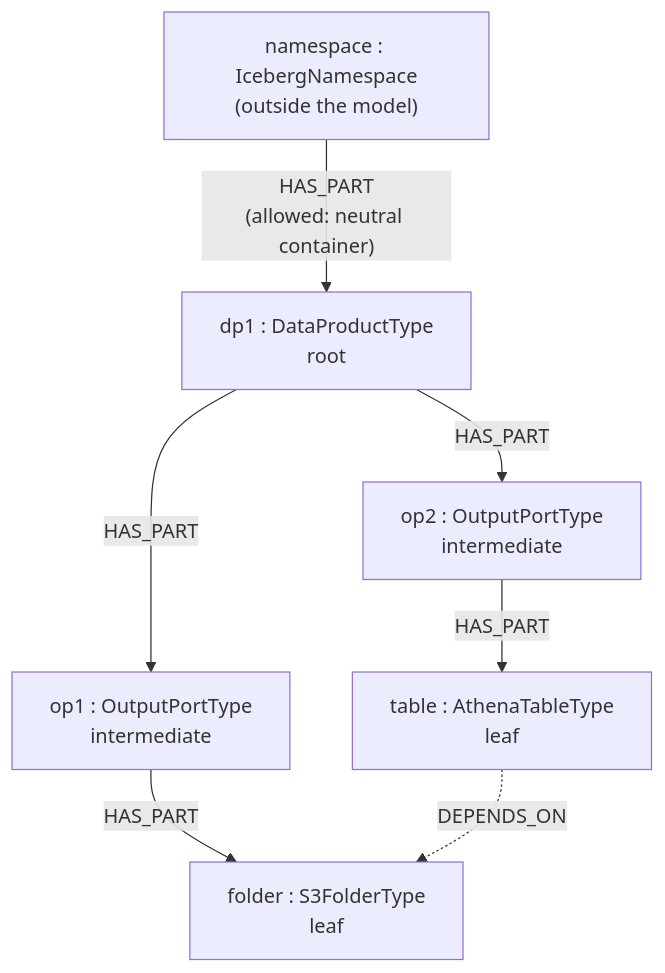
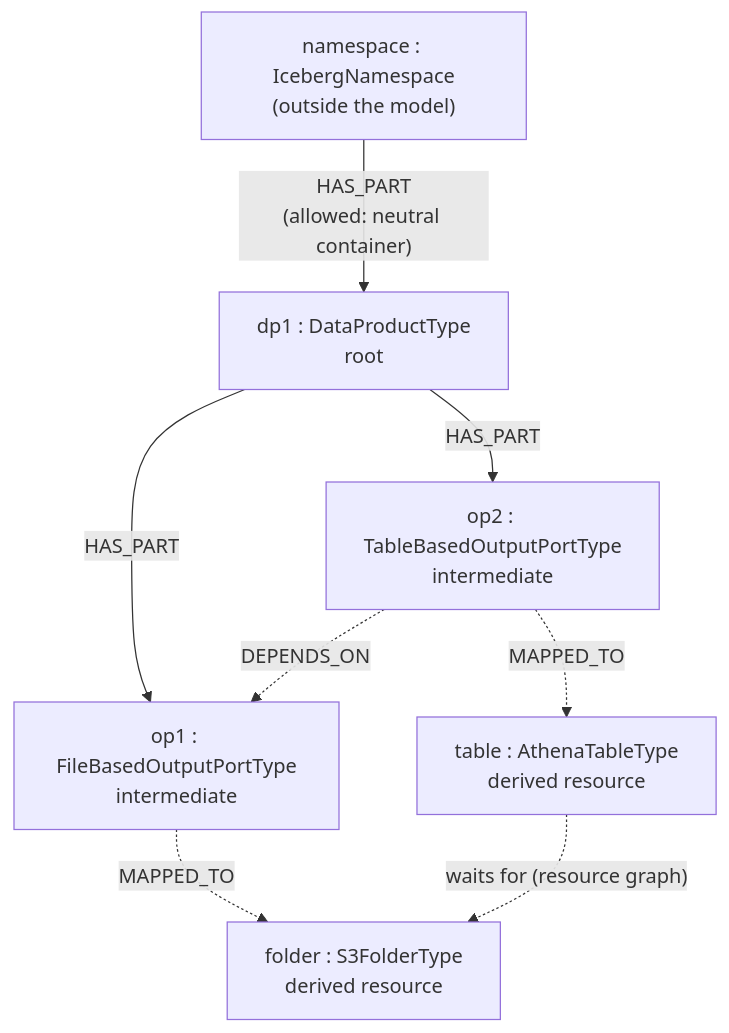
The second of 2 diagrams in README.md (dgreco/metacatalog), drawn with Mermaid before and after one commit. The commit also changed other lines of this file, not shown here.

First line of the commit message:
docs(readme): refresh stale claims — Java 26, procedure_run table, demo aggregate diagrams

````diff
--- a/README.md
+++ b/README.md
@@ -899,9 +902,10 @@
 ```mermaid
 flowchart TD
     NS["namespace : IcebergNamespace<br/>(outside the model)"] --"HAS_PART<br/>(allowed: neutral container)"--> DP
-    DP["dp1 : DataProductType<br/>root"] --"HAS_PART"--> OP1["op1 : OutputPortType<br/>intermediate"]
-    DP --"HAS_PART"--> OP2["op2 : OutputPortType<br/>intermediate"]
-    OP1 --"HAS_PART"--> S3["folder : S3FolderType<br/>leaf"]
-    OP2 --"HAS_PART"--> AT["table : AthenaTableType<br/>leaf"]
-    AT -."DEPENDS_ON".-> S3
+    DP["dp1 : DataProductType<br/>root"] --"HAS_PART"--> OP1["op1 : FileBasedOutputPortType<br/>intermediate"]
+    DP --"HAS_PART"--> OP2["op2 : TableBasedOutputPortType<br/>intermediate"]
+    OP2 -."DEPENDS_ON".-> OP1
+    OP1 -."MAPPED_TO".-> S3["folder : S3FolderType<br/>derived resource"]
+    OP2 -."MAPPED_TO".-> AT["table : AthenaTableType<br/>derived resource"]
+    AT -."waits for (resource graph)".-> S3
 ```
````
